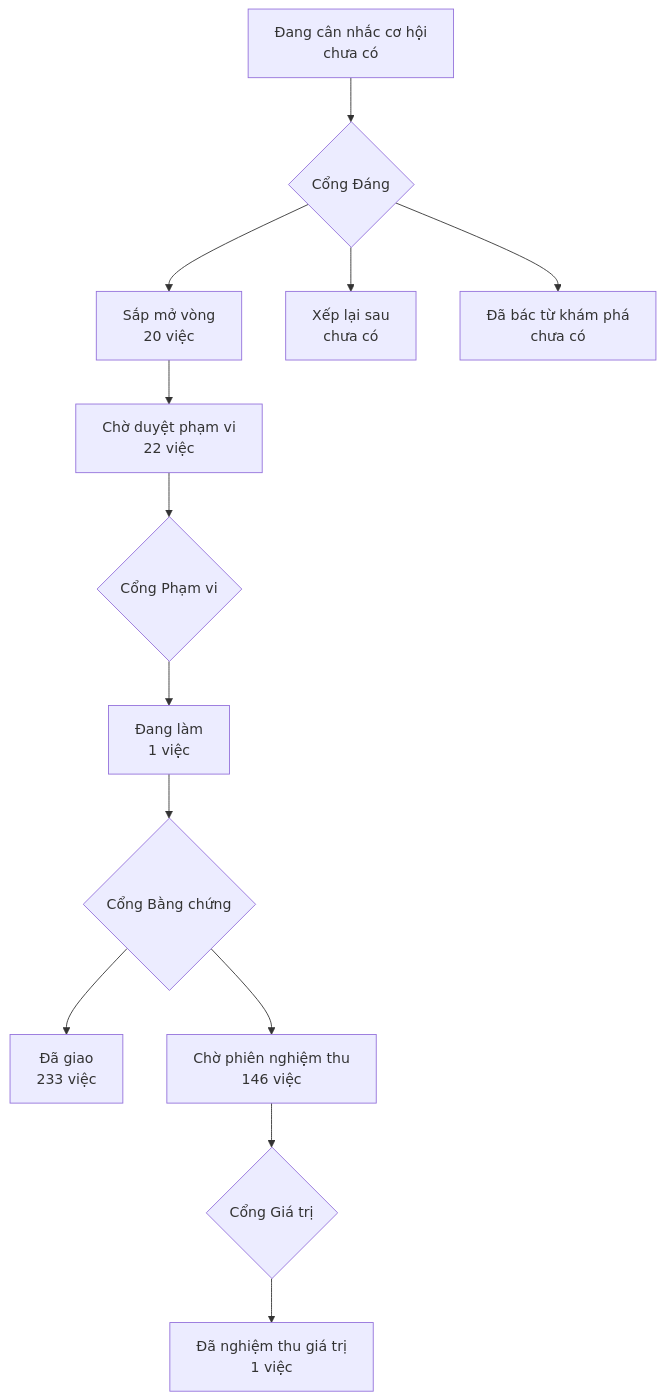
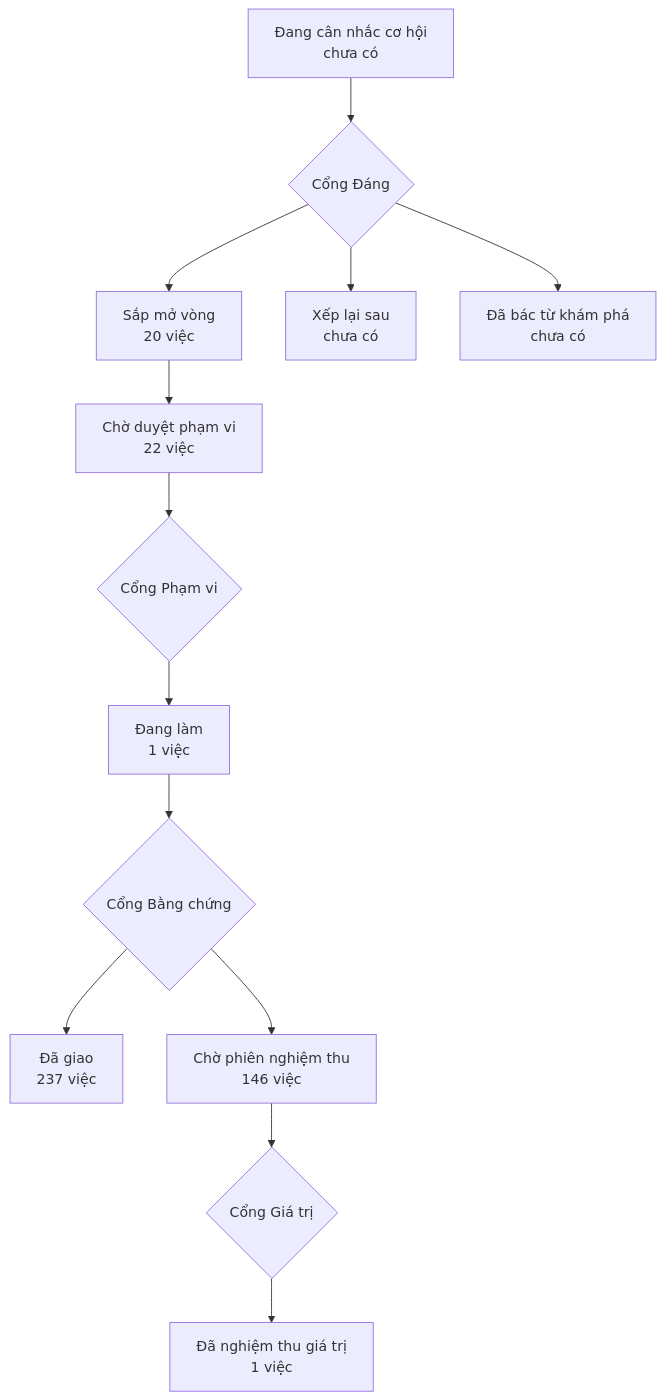
The diagram in PRODUCT-MAP.md (phanlemanh/onehub-invest), drawn with Mermaid before and after one commit. The commit also changed other lines of this file and 1 other file, not shown here.

````diff
--- a/PRODUCT-MAP.md
+++ b/PRODUCT-MAP.md
@@ -7,12 +7,12 @@
 ```mermaid
 flowchart TD
   A["Đang cân nhắc cơ hội<br/>chưa có"] --> GD{"Cổng Đáng"}
   GD --> B["Sắp mở vòng<br/>20 việc"]
   GD --> XL["Xếp lại sau<br/>chưa có"]
   GD --> DB["Đã bác từ khám phá<br/>chưa có"]
   B --> CD["Chờ duyệt phạm vi<br/>22 việc"] --> GP{"Cổng Phạm vi"}
   GP --> DL["Đang làm<br/>1 việc"] --> GB{"Cổng Bằng chứng"}
-  GB --> DG["Đã giao<br/>233 việc"]
+  GB --> DG["Đã giao<br/>237 việc"]
   GB --> CN["Chờ phiên nghiệm thu<br/>146 việc"] --> GG{"Cổng Giá trị"}
   GG --> NT["Đã nghiệm thu giá trị<br/>1 việc"]
 ```
````
